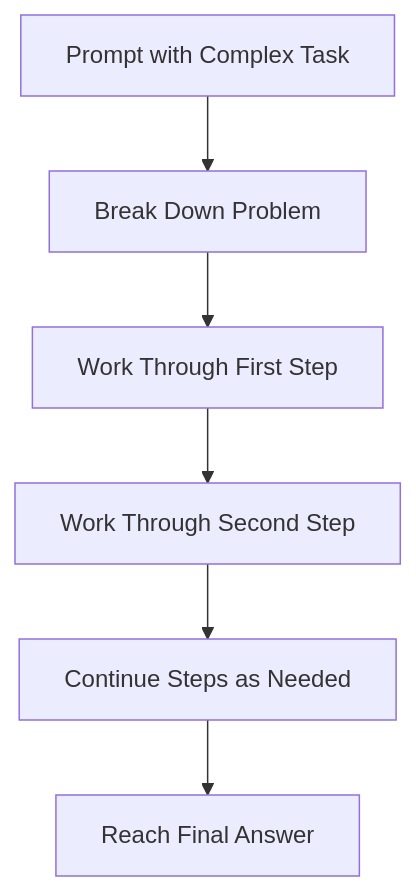
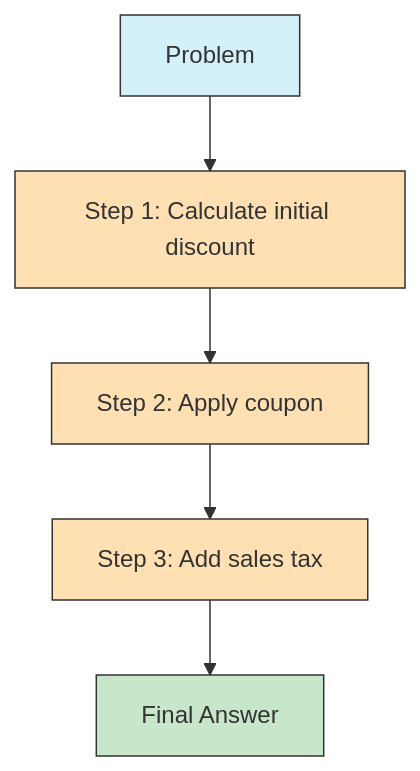
The third of 5 diagrams in apps-standalone/ayokoding-web/content/en/learn/crash-courses/productivity/ai-assisted/prompt-engineering/basics.md (wahidyankf/oss), drawn with Mermaid before and after one commit. The commit also changed other lines of this file and 40 other files, not shown here.

````diff
--- a/apps-standalone/ayokoding-web/content/en/learn/crash-courses/productivity/ai-assisted/prompt-engineering/basics.md
+++ b/apps-standalone/ayokoding-web/content/en/learn/crash-courses/productivity/ai-assisted/prompt-engineering/basics.md
@@ -68,8 +174,13 @@
 ```mermaid
-flowchart TD
-    A[Prompt with Complex Task] --> B[Break Down Problem]
-    B --> C[Work Through First Step]
-    C --> D[Work Through Second Step]
-    D --> E[Continue Steps as Needed]
-    E --> F[Reach Final Answer]
+graph TD
+    A[Problem] --> B[Step 1: Calculate initial discount]
+    B --> C[Step 2: Apply coupon]
+    C --> D[Step 3: Add sales tax]
+    D --> E[Final Answer]
+
+    style A fill:#d4f1f9,stroke:#333
+    style B fill:#ffe0b2,stroke:#333
+    style C fill:#ffe0b2,stroke:#333
+    style D fill:#ffe0b2,stroke:#333
+    style E fill:#c8e6c9,stroke:#333
 ```
````
